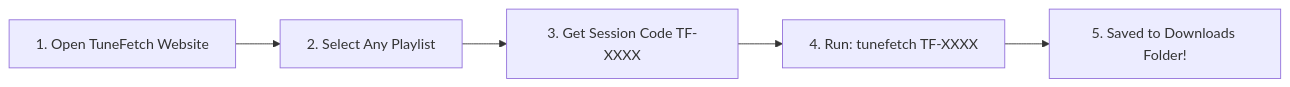
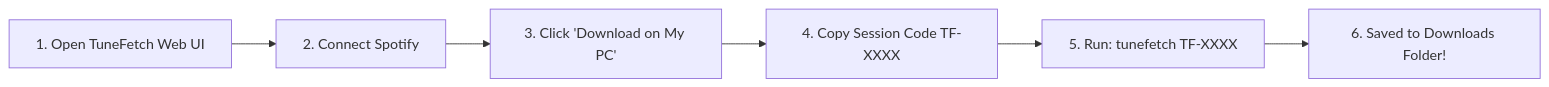
Before and after one commit to learnthusalearner/TuneFetch: the diagram in README.md, drawn with Mermaid. The commit also changed other lines of this file and 5 other files, not shown here.

````diff
--- a/README.md
+++ b/README.md
@@ -51,7 +156,8 @@
 ```mermaid
 graph LR
-    A[1. Open TuneFetch Website] --> B[2. Select Any Playlist]
-    B --> C[3. Get Session Code TF-XXXX]
-    C --> D[4. Run: tunefetch TF-XXXX]
-    D --> E[5. Saved to Downloads Folder!]
+    A[1. Open TuneFetch Web UI] --> B[2. Connect Spotify]
+    B --> C[3. Click 'Download on My PC']
+    C --> D[4. Copy Session Code TF-XXXX]
+    D --> E[5. Run: tunefetch TF-XXXX]
+    E --> F[6. Saved to Downloads Folder!]
 ```
````
